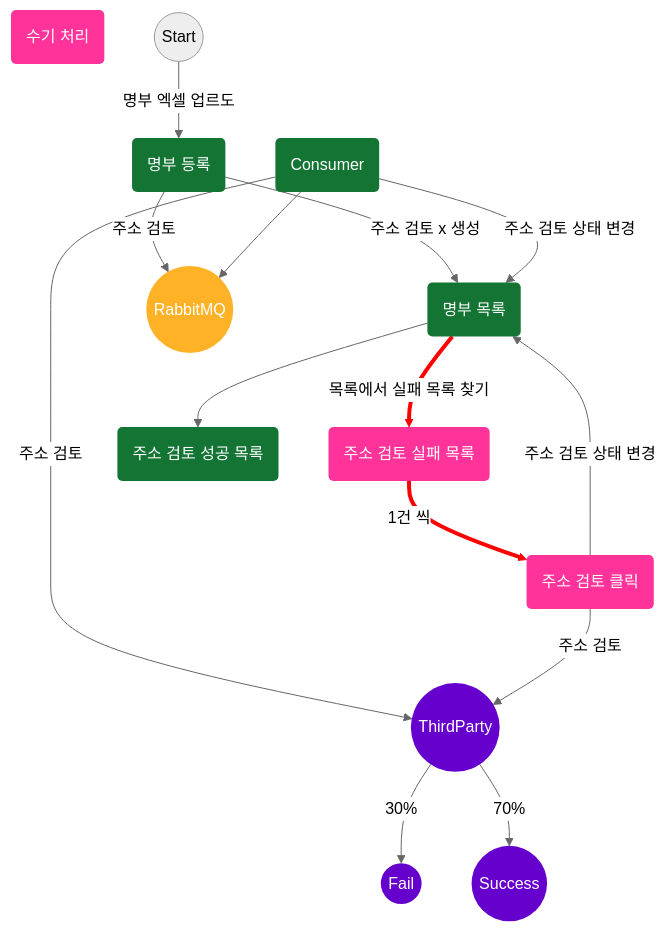
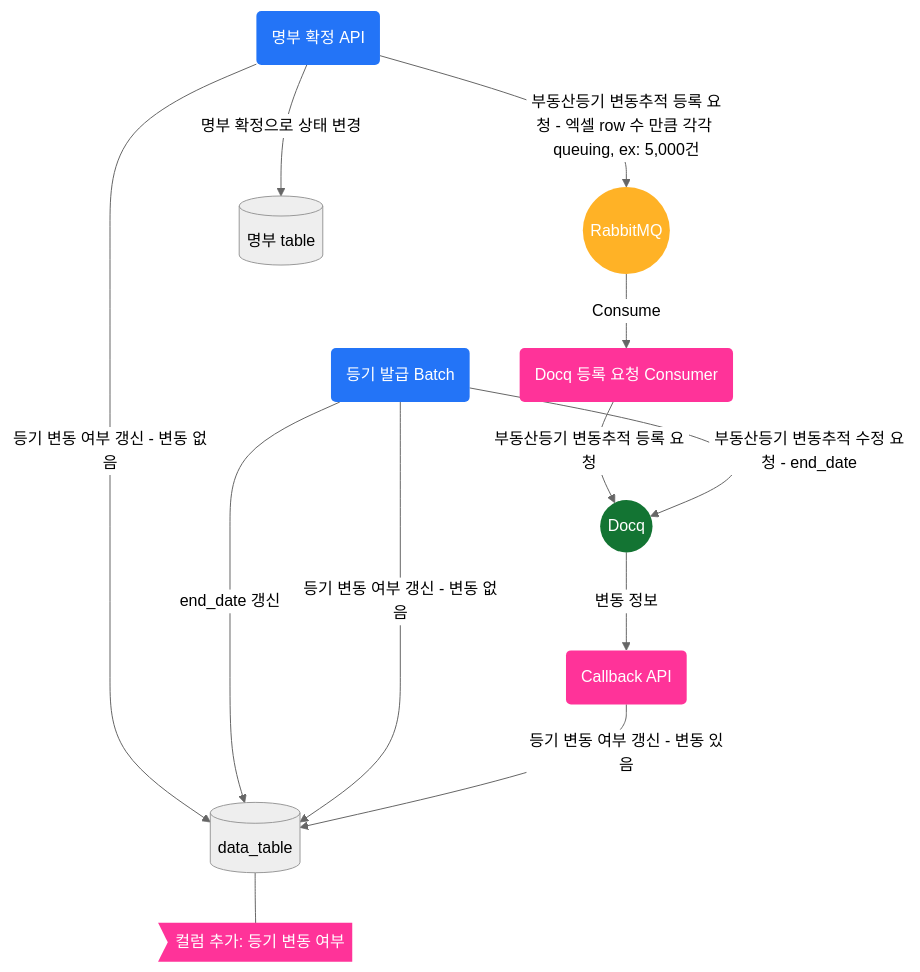
One commit to next-step/career-architecture changed the diagram in asis/ARCHITECTURE-monkeydugi.md. Above: the diagram before and after it, drawn with Mermaid (neutral theme). The commit also changed other lines of this file and 1 other file, not shown here.

Commit message:
주제 변경

````diff
--- a/asis/ARCHITECTURE-monkeydugi.md
+++ b/asis/ARCHITECTURE-monkeydugi.md
@@ -54,39 +34,31 @@
 ```mermaid
 flowchart TD
-%% Colors %%
-  classDef green fill:#137433,stroke-width:0px,color:#fff
-  classDef red fill:#FF3399,stroke-width:0px,color:#fff
-  classDef violet fill:#6600CC,stroke-width:0px,color:#fff
-  classDef orange fill:#FFB226,stroke-width:0px,color:#fff
-
-  A(수기 처리):::red
-
-  Start((Start))
-  ThirdParty((ThirdParty)):::violet
-  Success((Success)):::violet
-  Fail((Fail)):::violet
-  UnionRegi(명부 등록):::green
-  UnionRegi(명부 등록):::green
-  UnionRegiList(명부 목록):::green
-  UnionRegiFailList(주소 검토 실패 목록):::red
-  UnionRegiSuccessList(주소 검토 성공 목록):::green
-  Consumer(Consumer):::green
-  CheckAddress(주소 검토 클릭):::red
-  RabbitMQ((RabbitMQ)):::orange
-
-  Start --> |명부 엑셀 업르도| UnionRegi
-  UnionRegi --> |주소 검토 x 생성| UnionRegiList
-  UnionRegi --> |주소 검토| RabbitMQ
-  UnionRegiList --> |목록에서 실패 목록 찾기| UnionRegiFailList
-  UnionRegiList --> UnionRegiSuccessList
-  UnionRegiFailList --> |1건 씩| CheckAddress
-  ThirdParty --> |30%| Fail
-  ThirdParty --> |70%| Success
-  Consumer --> RabbitMQ
-  Consumer --> |주소 검토| ThirdParty
-  Consumer --> |주소 검토 상태 변경| UnionRegiList
-  CheckAddress --> |주소 검토| ThirdParty
-  CheckAddress --> |주소 검토 상태 변경| UnionRegiList
-
-  linkStyle 3,5 stroke-width:4px, stroke:red
+	%% Colors %%
+	classDef blue fill:#2374f7,stroke-width:0px,color:#fff
+	classDef green fill:#137433,stroke-width:0px,color:#fff
+	classDef red fill:#FF3399,stroke-width:0px,color:#fff
+	classDef orange fill:#FFB226,stroke-width:0px,color:#fff
+	classDef yellow fill:#CCCC00,stroke-width:0px,color:#fff
+	classDef violet fill:#6600CC,stroke-width:0px,color:#fff
+		
+	Docq((Docq)):::green
+	RabbitMQ((RabbitMQ)):::orange
+	UnionRegiComplete(명부 확정 API):::blue
+	ConsumerAddDocq(Docq 등록 요청 Consumer):::red
+	dom[(data_table)]
+	unionTable[(명부 table)]
+	batch(등기 발급 Batch):::blue
+	CallbackAPI(Callback API):::red
+	AddColumn>컬럼 추가: 등기 변동 여부]:::red
+	
+	UnionRegiComplete --> |부동산등기 변동추적 등록 요청 - 엑셀 row 수 만큼 각각 queuing, ex: 5,000건| RabbitMQ
+	UnionRegiComplete --> |등기 변동 여부 갱신 - 변동 없음| dom
+	UnionRegiComplete --> |명부 확정으로 상태 변경| unionTable
+	RabbitMQ --> |Consume| ConsumerAddDocq
+	ConsumerAddDocq --> |부동산등기 변동추적 등록 요청| Docq
+	batch --> |end_date 갱신| dom
+	batch --> |등기 변동 여부 갱신 - 변동 없음| dom
+	batch --> |부동산등기 변동추적 수정 요청 - end_date| Docq
+	Docq --> |변동 정보| CallbackAPI --> |등기 변동 여부 갱신 - 변동 있음| dom
+    dom --- AddColumn
 ```
````
